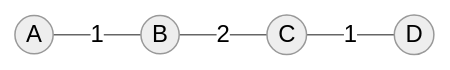
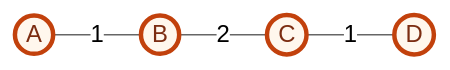
The third of 4 diagrams in README.md (mebriki/graph-lab-py), drawn with Mermaid (neutral theme) before and after one commit. The commit also changed other lines of this file, not shown here.

Commit message:
Improve README graph visualizations and highlight shortest path

````diff
--- a/README.md
+++ b/README.md
@@ -88,6 +113,9 @@
 ```mermaid
 graph LR
 	A((A)) -- "1" --- B((B))
 	B -- "2" --- C((C))
 	C -- "1" --- D((D))
+
+	classDef mst fill:#fff7ed,stroke:#c2410c,stroke-width:3px,color:#7c2d12;
+	class A,B,C,D mst;
 ```
````
